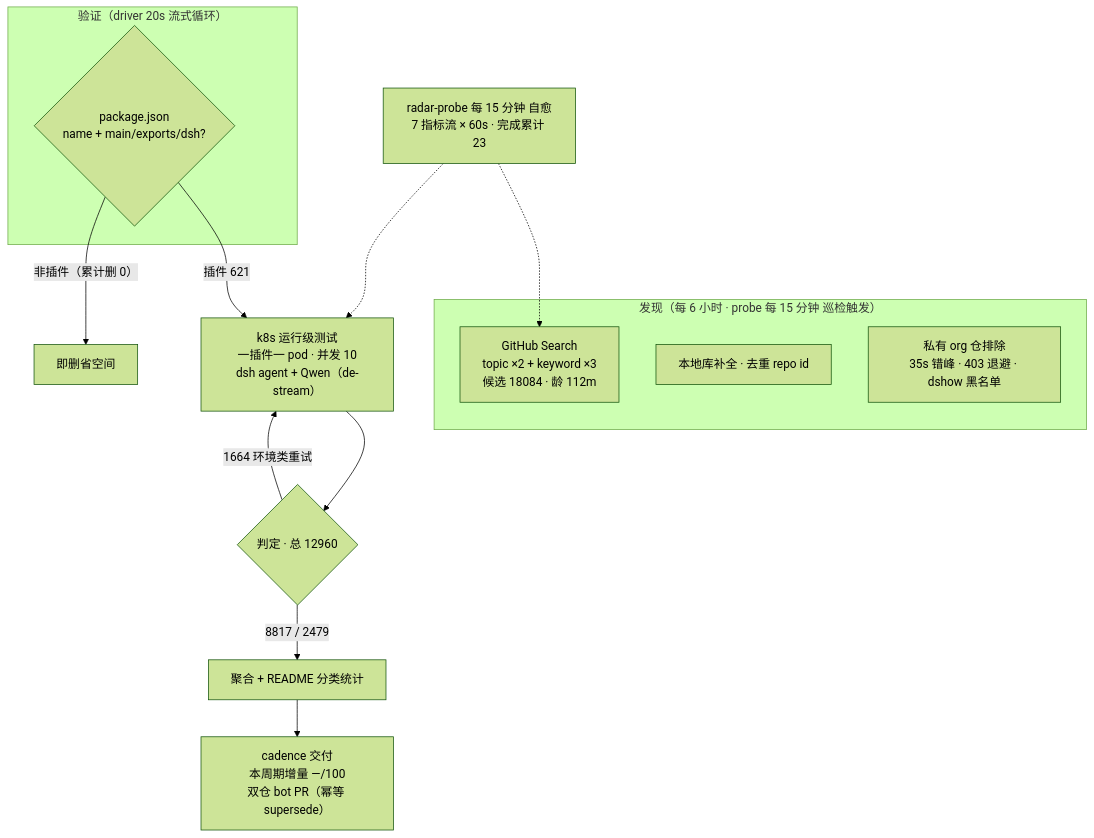
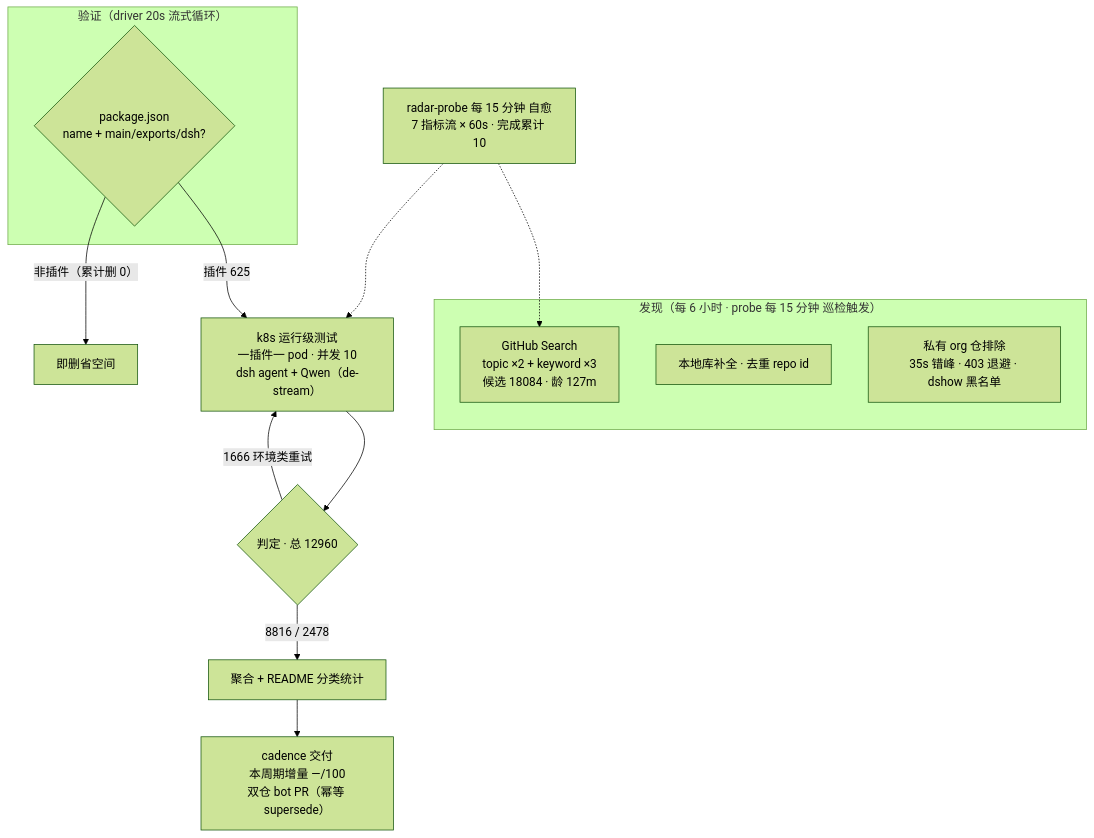
One commit to AdamPlatin123/awesome-dsh-plugins changed the diagram in README.md. Above: the diagram before and after it, drawn with Mermaid (forest theme). The commit also changed other lines of this file and 5 other files, not shown here.

````diff
--- a/README.md
+++ b/README.md
@@ -52,20 +52,20 @@
 ```mermaid
 flowchart TB
     subgraph Discovery["发现（每 6 小时 · probe 每 15 分钟 巡检触发）"]
-        A1["GitHub Search<br/>topic ×2 + keyword ×3<br/>候选 18084 · 龄 112m"]
+        A1["GitHub Search<br/>topic ×2 + keyword ×3<br/>候选 18084 · 龄 127m"]
         A2["本地库补全 · 去重 repo id"]
         A3["私有 org 仓排除<br/>35s 错峰 · 403 退避 · dshow 黑名单"]
     end
     subgraph Validation["验证（driver 20s 流式循环）"]
         B1{"package.json<br/>name + main/exports/dsh?"}
     end
-    B1 -->|"插件 621"| C1["k8s 运行级测试<br/>一插件一 pod · 并发 10<br/>dsh agent + Qwen（de-stream）"]
+    B1 -->|"插件 625"| C1["k8s 运行级测试<br/>一插件一 pod · 并发 10<br/>dsh agent + Qwen（de-stream）"]
     B1 -->|"非插件（累计删 0）"| B3["即删省空间"]
     C1 --> D1{"判定 · 总 12960"}
-    D1 -->|"8817 / 2479"| E1["聚合 + README 分类统计"]
-    D1 -->|"1664 环境类重试"| C1
+    D1 -->|"8816 / 2478"| E1["聚合 + README 分类统计"]
+    D1 -->|"1666 环境类重试"| C1
     E1 --> E2["cadence 交付<br/>本周期增量 —/100<br/>双仓 bot PR（幂等 supersede）"]
-    M["radar-probe 每 15 分钟 自愈<br/>7 指标流 × 60s · 完成累计 23"]
+    M["radar-probe 每 15 分钟 自愈<br/>7 指标流 × 60s · 完成累计 10"]
     M -.-> A1
     M -.-> C1
 ```
````
